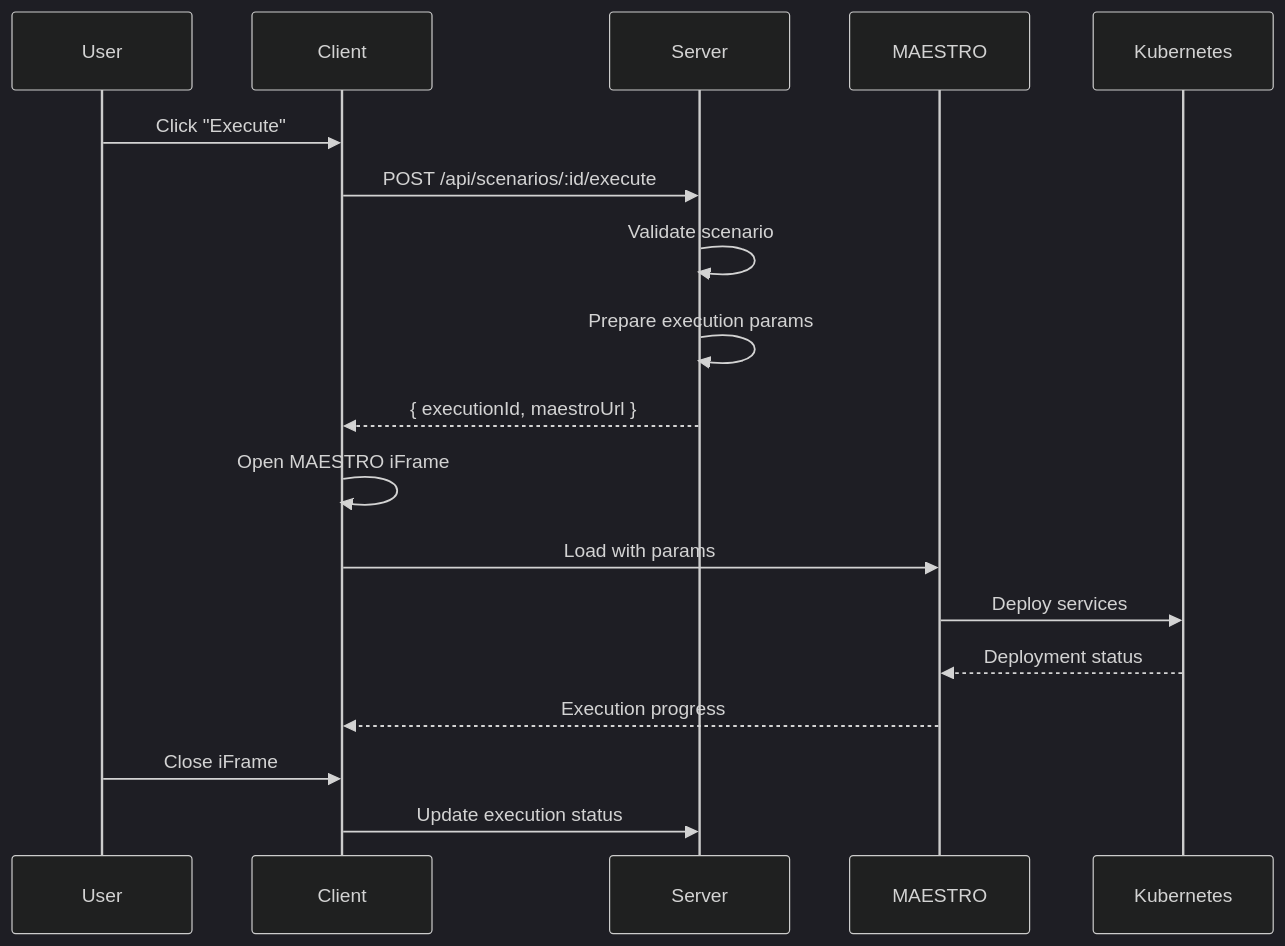
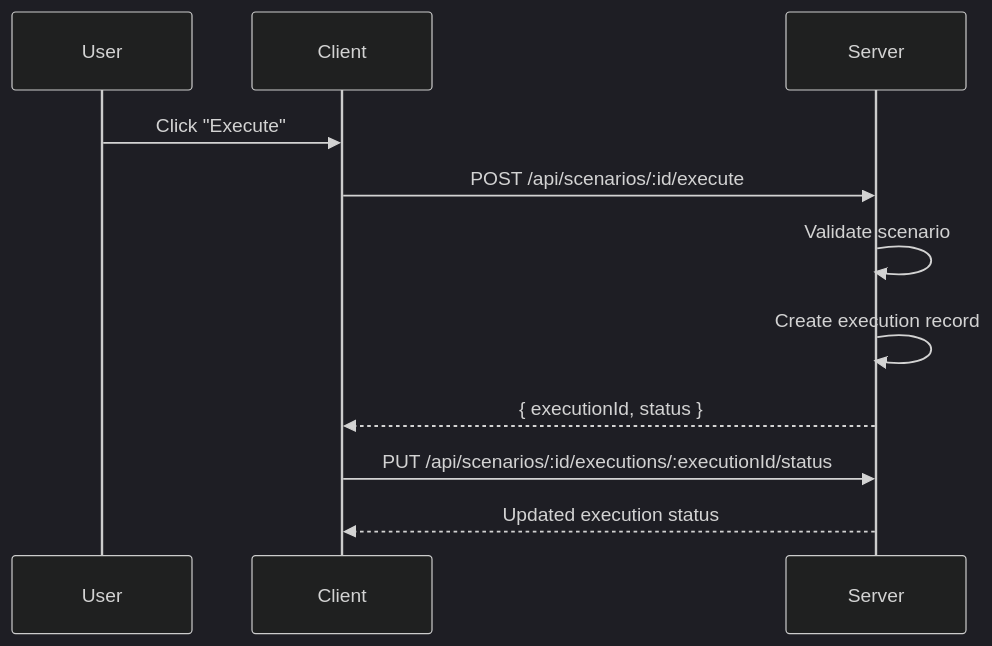
Before and after one commit to montimage-projects/mi-digitaltwin-management-service: the eighth of 11 diagrams in docs/architecture/data-flow.md, drawn with Mermaid (dark theme). The commit also changed other lines of this file and 65 other files, not shown here.

````diff
--- a/docs/architecture/data-flow.md
+++ b/docs/architecture/data-flow.md
@@ -166,23 +166,14 @@
 ```mermaid
 sequenceDiagram
  participant U as User
  participant C as Client
  participant S as Server
- participant M as MAESTRO
- participant K as Kubernetes
 
  U->>C: Click "Execute"
  C->>S: POST /api/scenarios/:id/execute
  S->>S: Validate scenario
- S->>S: Prepare execution params
- S-->>C: { executionId, maestroUrl }
-
- C->>C: Open MAESTRO iFrame
- C->>M: Load with params
- M->>K: Deploy services
- K-->>M: Deployment status
- M-->>C: Execution progress
-
- U->>C: Close iFrame
- C->>S: Update execution status
+ S->>S: Create execution record
+ S-->>C: { executionId, status }
+ C->>S: PUT /api/scenarios/:id/executions/:executionId/status
+ S-->>C: Updated execution status
 ```
````
